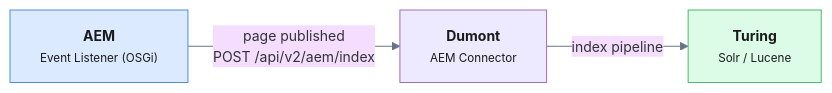
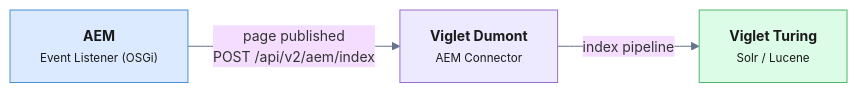
One commit to openviglet/site changed the diagram in content/blog/diagrams/enterprise-search-for-adobe-aem.mmd. Above: the diagram before and after it, drawn with Mermaid. The commit also changed 57 other files, not shown here.

```diff
--- a/content/blog/diagrams/enterprise-search-for-adobe-aem.mmd
+++ b/content/blog/diagrams/enterprise-search-for-adobe-aem.mmd
@@ -1,15 +1,15 @@
 %%{init: {'theme': 'base', 'themeVariables': {'fontSize': '14px', 'lineColor': '#64748b'}}}%%
 flowchart LR
     AEM["<b>AEM</b><br/><small>Event Listener (OSGi)</small>"]
-    DUM["<b>Dumont</b><br/><small>AEM Connector</small>"]
-    TUR["<b>Turing</b><br/><small>Solr / Lucene</small>"]
+    DUM["<b>Viglet Dumont</b><br/><small>AEM Connector</small>"]
+    TUR["<b>Viglet Turing</b><br/><small>Solr / Lucene</small>"]
 
     AEM -->|"page published<br/>POST /api/v2/aem/index"| DUM
     DUM -->|"index pipeline"| TUR
 
     classDef aem fill:#dbeafe,stroke:#4A90D9,color:#1a1a1a;
     classDef dum fill:#ede9fe,stroke:#9B6EC5,color:#1a1a1a;
     classDef tur fill:#dcfce7,stroke:#50B86C,color:#1a1a1a;
     class AEM aem;
     class DUM dum;
     class TUR tur;
```
